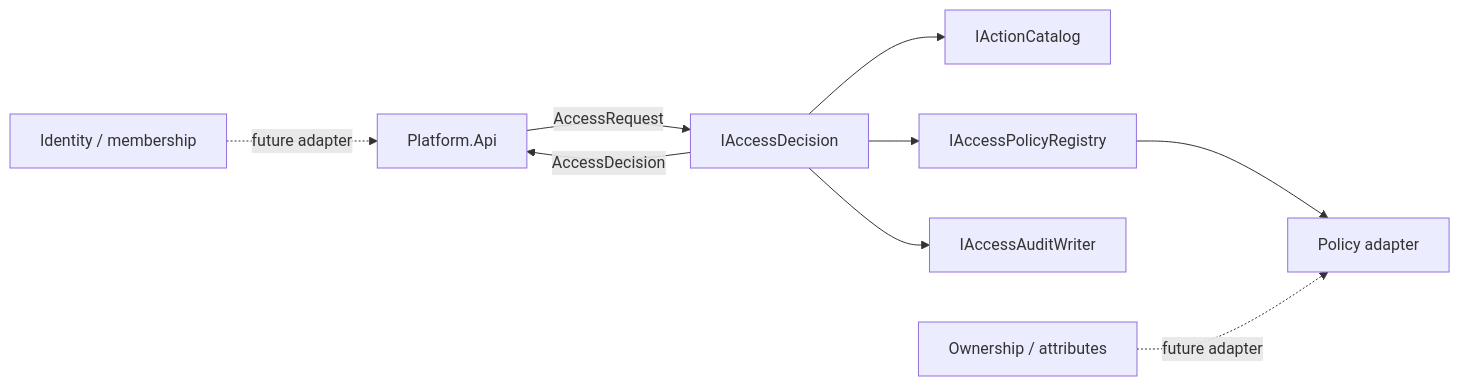
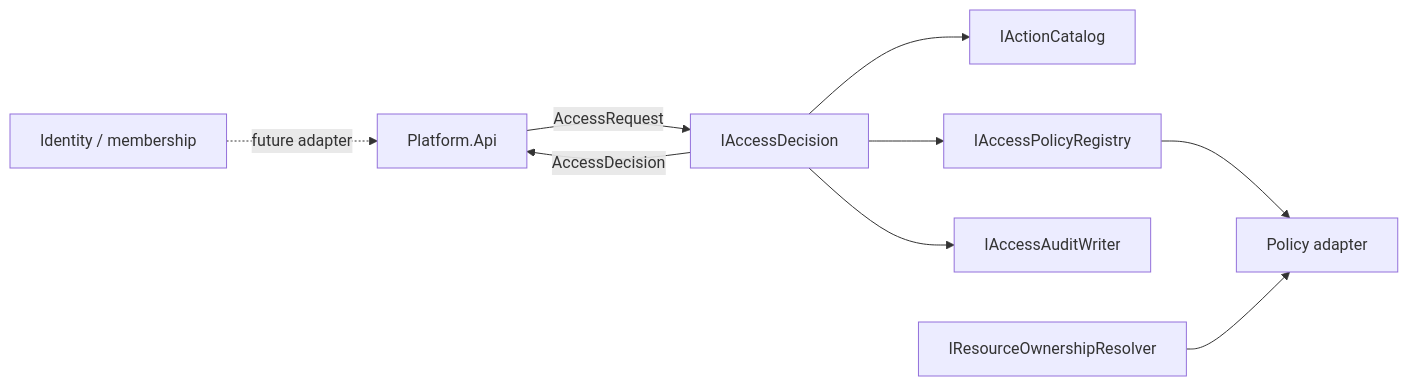
One commit to Kikiriki007/security-lab changed the first of 2 diagrams in docs/components/ACC-05-ACC-08.md. Above: the diagram before and after it, drawn with Mermaid. The commit also changed other lines of this file and 20 other files, not shown here.

````diff
--- a/docs/components/ACC-05-ACC-08.md
+++ b/docs/components/ACC-05-ACC-08.md
@@ -74,11 +89,11 @@
 ```mermaid
 flowchart LR
   API[Platform.Api] -->|AccessRequest| DEC[IAccessDecision]
   DEC --> CAT[IActionCatalog]
   DEC --> REG[IAccessPolicyRegistry]
   DEC --> AUD[IAccessAuditWriter]
   REG --> POL[Policy adapter]
   DEC -->|AccessDecision| API
   ID[Identity / membership] -. future adapter .-> API
-  OWN[Ownership / attributes] -. future adapter .-> POL
+  OWN[IResourceOwnershipResolver] --> POL
 ```
````
